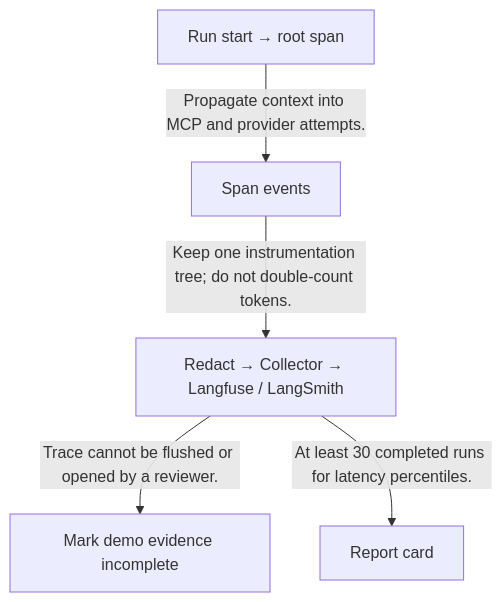
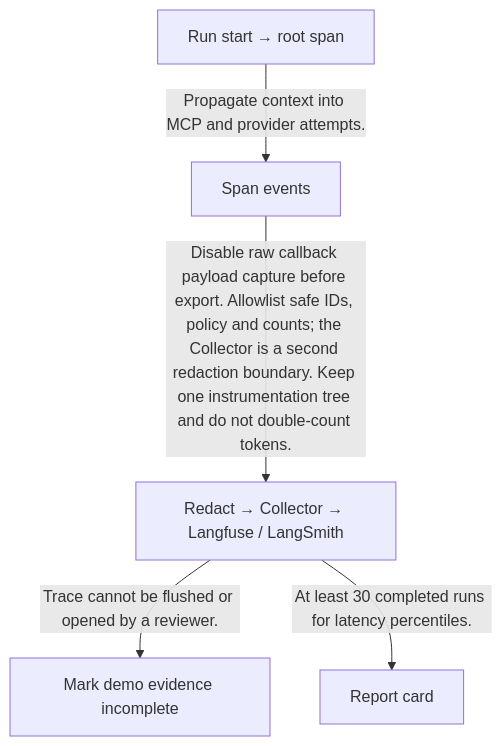
One commit to ByronHo68/ai-learning-academy changed the tenth of 11 diagrams in docs/FINANCIAL_REPORT_DEVELOPMENT_PROPOSAL.md. Above: the diagram before and after it, drawn with Mermaid. The commit also changed other lines of this file and 64 other files, not shown here.

````diff
--- a/docs/FINANCIAL_REPORT_DEVELOPMENT_PROPOSAL.md
+++ b/docs/FINANCIAL_REPORT_DEVELOPMENT_PROPOSAL.md
@@ -3227,12 +3317,12 @@
 ```mermaid
 flowchart TD
   n0["Run start → root span"]
   n1["Span events"]
   n2["Redact → Collector → Langfuse / LangSmith"]
   n3["Mark demo evidence incomplete"]
   n4["Report card"]
   n0 -->|"Propagate context into MCP and provider attempts."| n1
-  n1 -->|"Keep one instrumentation tree; do not double-count tokens."| n2
+  n1 -->|"Disable raw callback payload capture before export. Allowlist safe IDs, policy and counts; the Collector is a second redaction boundary. Keep one instrumentation tree and do not double-count tokens."| n2
   n2 -->|"Trace cannot be flushed or opened by a reviewer."| n3
   n2 -->|"At least 30 completed runs for latency percentiles."| n4
 ```
````
